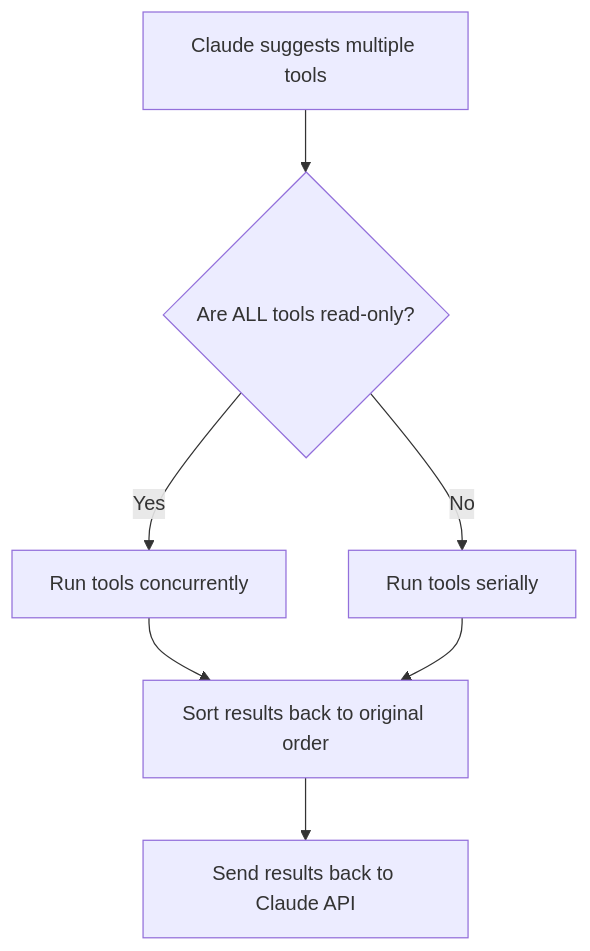
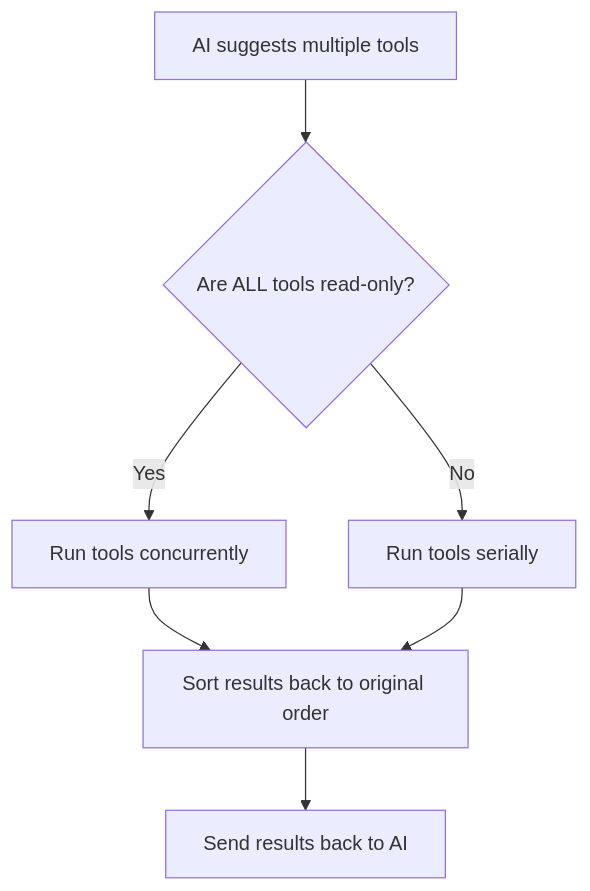
The diagram in src/parallel-tool-execution.md (Szermer/QED), drawn with Mermaid before and after one commit. The commit also changed other lines of this file and 82 other files, not shown here.

````diff
--- a/src/parallel-tool-execution.md
+++ b/src/parallel-tool-execution.md
@@ -9,9 +9,9 @@
 ```mermaid
 flowchart TD
-    A["Claude suggests multiple tools"] --> B{"Are ALL tools read-only?"}
+    A["AI suggests multiple tools"] --> B{"Are ALL tools read-only?"}
     B -->|"Yes"| C["Run tools concurrently"]
     B -->|"No"| D["Run tools serially"]
     C --> E["Sort results back to original order"]
     D --> E
-    E --> F["Send results back to Claude API"]
+    E --> F["Send results back to AI"]
 ```
````
